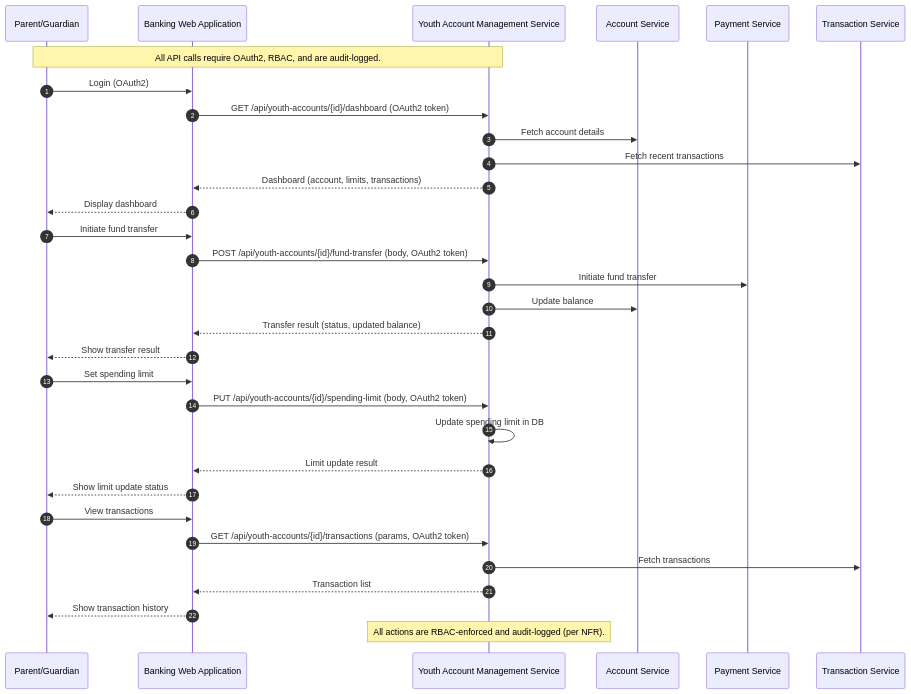
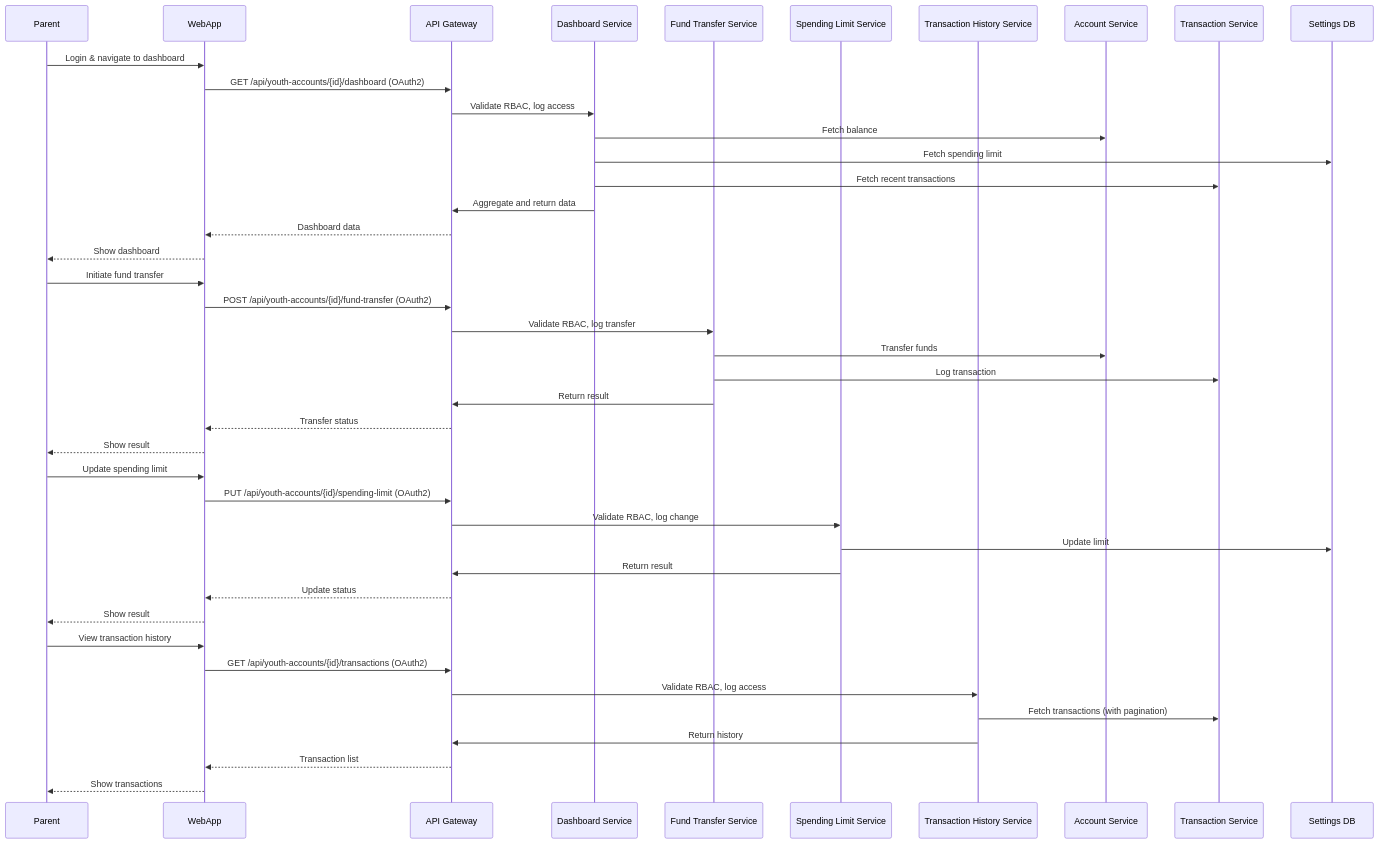
The diagram in Components and Sequence Diagrams/sequence_diagram.mmd (Ascend-Krithi/SCIB-Inception), drawn with Mermaid before and after one commit. The commit also changed 1 other file, not shown here.

```diff
--- a/Components and Sequence Diagrams/sequence_diagram.mmd
+++ b/Components and Sequence Diagrams/sequence_diagram.mmd
@@ -1,33 +1,51 @@
-%% Sequence Diagram: Youth Account Management API - Parent Fund Allocation
+%% Sequence Diagram for Youth Account Management APIs
 sequenceDiagram
-  autonumber
-  participant Parent as Parent/Guardian
-  participant WebApp as Banking Web Application
-  participant API as Youth Account Management Service
-  participant AccountSvc as Account Service
-  participant PaymentSvc as Payment Service
-  participant TransSvc as Transaction Service
-  note over Parent,API: All API calls require OAuth2, RBAC, and are audit-logged.
-  Parent->>WebApp: Login (OAuth2)
-  WebApp->>API: GET /api/youth-accounts/{id}/dashboard (OAuth2 token)
-  API->>AccountSvc: Fetch account details
-  API->>TransSvc: Fetch recent transactions
-  API-->>WebApp: Dashboard (account, limits, transactions)
-  WebApp-->>Parent: Display dashboard
+  participant Parent
+  participant WebApp
+  participant API_Gateway as API Gateway
+  participant Dashboard as Dashboard Service
+  participant FundTransfer as Fund Transfer Service
+  participant SpendingLimit as Spending Limit Service
+  participant TxHistory as Transaction History Service
+  participant AccountService as Account Service
+  participant TxService as Transaction Service
+  participant SettingsDB as Settings DB
+
+  %% Dashboard retrieval
+  Parent->>WebApp: Login & navigate to dashboard
+  WebApp->>API_Gateway: GET /api/youth-accounts/{id}/dashboard (OAuth2)
+  API_Gateway->>Dashboard: Validate RBAC, log access
+  Dashboard->>AccountService: Fetch balance
+  Dashboard->>SettingsDB: Fetch spending limit
+  Dashboard->>TxService: Fetch recent transactions
+  Dashboard->>API_Gateway: Aggregate and return data
+  API_Gateway-->>WebApp: Dashboard data
+  WebApp-->>Parent: Show dashboard
+
+  %% Fund transfer
   Parent->>WebApp: Initiate fund transfer
-  WebApp->>API: POST /api/youth-accounts/{id}/fund-transfer (body, OAuth2 token)
-  API->>PaymentSvc: Initiate fund transfer
-  API->>AccountSvc: Update balance
-  API-->>WebApp: Transfer result (status, updated balance)
-  WebApp-->>Parent: Show transfer result
-  Parent->>WebApp: Set spending limit
-  WebApp->>API: PUT /api/youth-accounts/{id}/spending-limit (body, OAuth2 token)
-  API->>API: Update spending limit in DB
-  API-->>WebApp: Limit update result
-  WebApp-->>Parent: Show limit update status
-  Parent->>WebApp: View transactions
-  WebApp->>API: GET /api/youth-accounts/{id}/transactions (params, OAuth2 token)
-  API->>TransSvc: Fetch transactions
-  API-->>WebApp: Transaction list
-  WebApp-->>Parent: Show transaction history
-  note over API: All actions are RBAC-enforced and audit-logged (per NFR).
+  WebApp->>API_Gateway: POST /api/youth-accounts/{id}/fund-transfer (OAuth2)
+  API_Gateway->>FundTransfer: Validate RBAC, log transfer
+  FundTransfer->>AccountService: Transfer funds
+  FundTransfer->>TxService: Log transaction
+  FundTransfer->>API_Gateway: Return result
+  API_Gateway-->>WebApp: Transfer status
+  WebApp-->>Parent: Show result
+
+  %% Spending limit update
+  Parent->>WebApp: Update spending limit
+  WebApp->>API_Gateway: PUT /api/youth-accounts/{id}/spending-limit (OAuth2)
+  API_Gateway->>SpendingLimit: Validate RBAC, log change
+  SpendingLimit->>SettingsDB: Update limit
+  SpendingLimit->>API_Gateway: Return result
+  API_Gateway-->>WebApp: Update status
+  WebApp-->>Parent: Show result
+
+  %% Transaction history
+  Parent->>WebApp: View transaction history
+  WebApp->>API_Gateway: GET /api/youth-accounts/{id}/transactions (OAuth2)
+  API_Gateway->>TxHistory: Validate RBAC, log access
+  TxHistory->>TxService: Fetch transactions (with pagination)
+  TxHistory->>API_Gateway: Return history
+  API_Gateway-->>WebApp: Transaction list
+  WebApp-->>Parent: Show transactions
```
